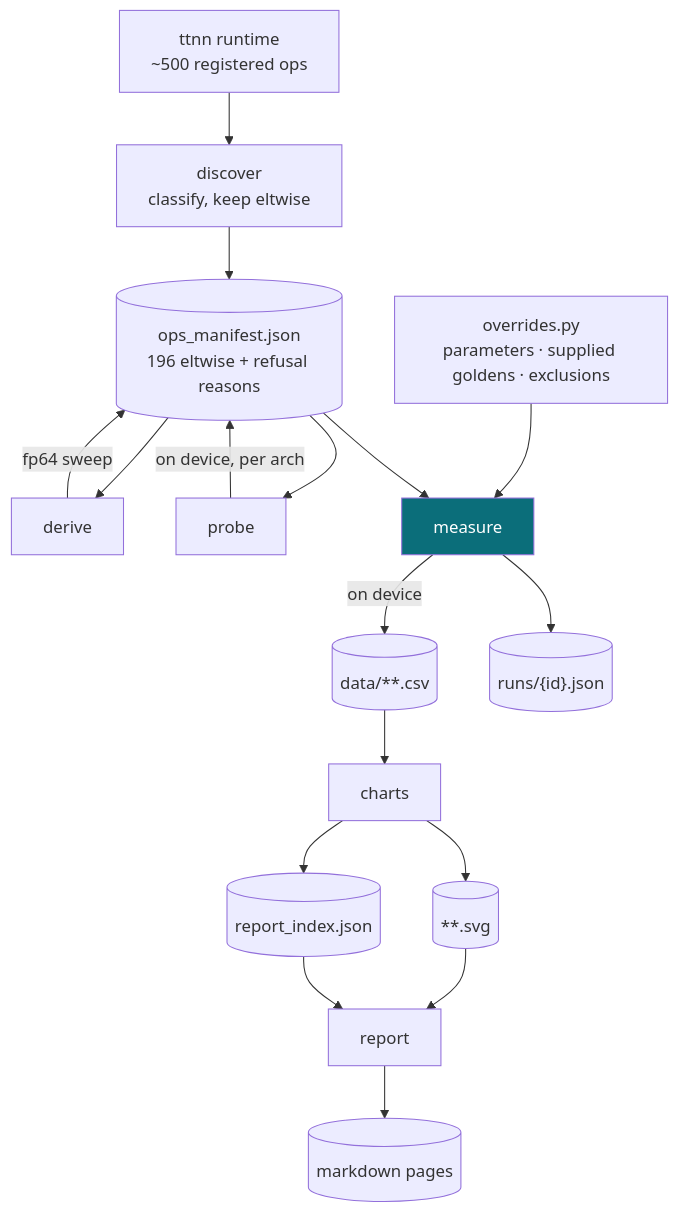
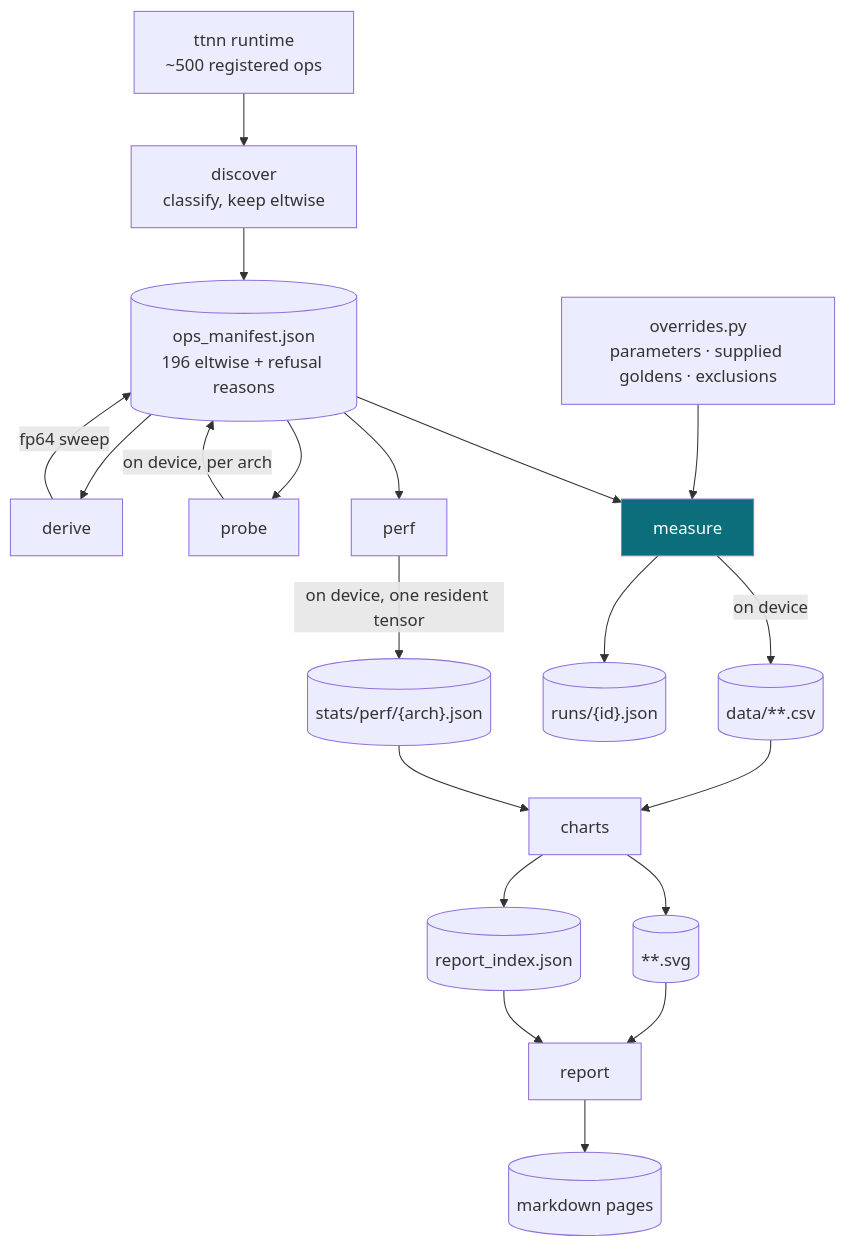
Before and after one commit to tenstorrent/tt-eltwise-accuracy-report: the second of 4 diagrams in docs/architecture.md, drawn with Mermaid. The commit also changed other lines of this file, not shown here.

Commit message:
docs: add perf to the technical overview

````diff
--- a/docs/architecture.md
+++ b/docs/architecture.md
@@ -55,24 +55,28 @@
 ```mermaid
 flowchart TD
     T["ttnn runtime<br/>~500 registered ops"] --> D1["discover<br/>classify, keep eltwise"]
     D1 --> M1[("ops_manifest.json<br/>196 eltwise + refusal reasons")]
     M1 --> D2["derive"]
     D2 -->|fp64 sweep| M1
     M1 --> D3["probe"]
     D3 -->|on device, per arch| M1
 
     OVR["overrides.py<br/>parameters · supplied goldens · exclusions"] --> R1
     M1 --> R1
 
     R1["measure"] -->|on device| CSV[("data/**.csv")]
     R1 --> PROV[("runs/{id}.json")]
 
+    M1 --> R2["perf"]
+    R2 -->|on device, one resident tensor| PRF[("stats/perf/{arch}.json")]
+
     CSV --> C1["charts"] --> SVG[("**.svg")]
+    PRF --> C1
     C1 --> IDX[("report_index.json")]
 
     SVG --> P1["report"]
     IDX --> P1
     P1 --> MD[("markdown pages")]
 
     style R1 fill:#0b6e7a,color:#fff
 ```
````
